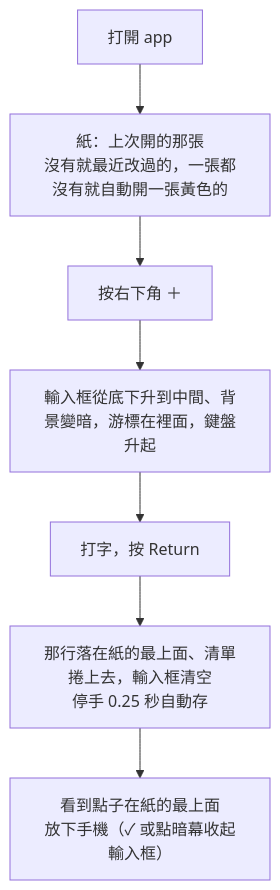
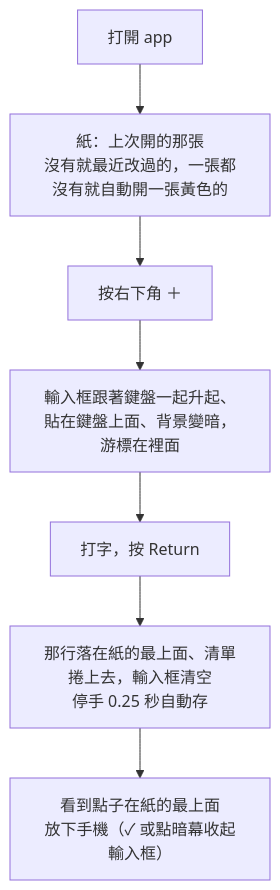
One commit to domyweb666/qieji-app changed the first of 7 diagrams in .uiux/02-流程-暫定.md. Above: the diagram before and after it, drawn with Mermaid. The commit also changed other lines of this file and 14 other files, not shown here.

````diff
--- a/.uiux/02-流程-暫定.md
+++ b/.uiux/02-流程-暫定.md
@@ -43,9 +43,9 @@
 ```mermaid
 flowchart TD
   A[打開 app] --> B[紙：上次開的那張<br>沒有就最近改過的，一張都沒有就自動開一張黃色的]
   B --> C[按右下角 ＋]
-  C --> D[輸入框從底下升到中間、背景變暗，游標在裡面，鍵盤升起]
+  C --> D[輸入框跟著鍵盤一起升起、貼在鍵盤上面、背景變暗，游標在裡面]
   D --> E[打字，按 Return]
   E --> F[那行落在紙的最上面、清單捲上去，輸入框清空<br>停手 0.25 秒自動存]
   F --> G[看到點子在紙的最上面<br>放下手機（✓ 或點暗幕收起輸入框）]
 ```
````
